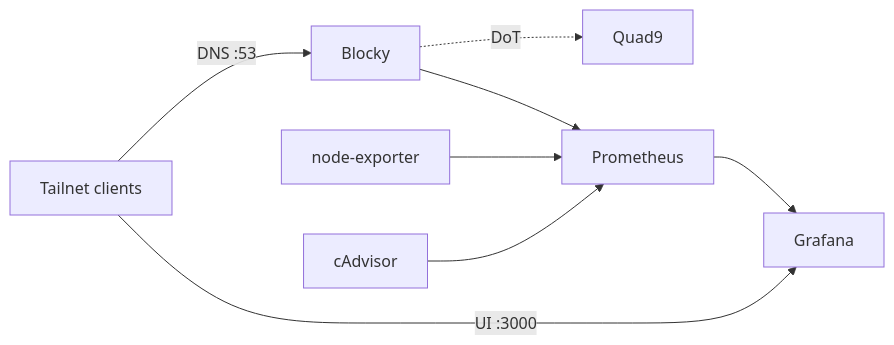
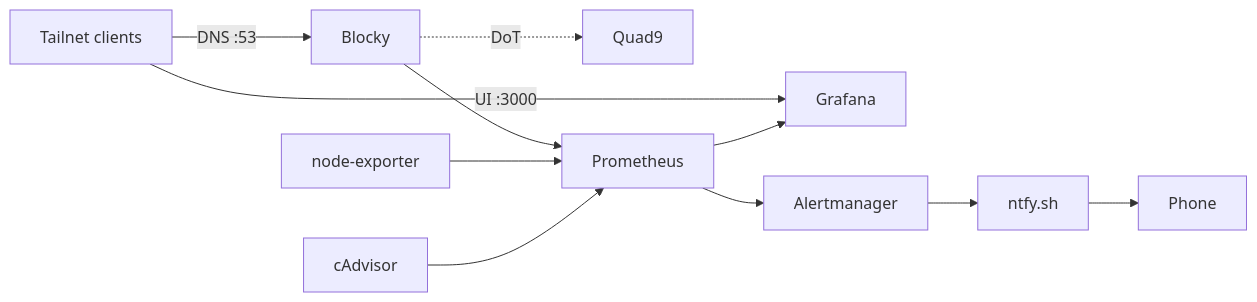
One commit to jglunn/homelab changed the diagram in README.md. Above: the diagram before and after it, drawn with Mermaid. The commit also changed other lines of this file and 8 other files, not shown here.

Commit message:
Add Alertmanager with ntfy.sh push alerts

````diff
--- a/README.md
+++ b/README.md
@@ -7,10 +7,11 @@
 ```mermaid
 flowchart LR
     T[Tailnet clients] -->|DNS :53| B[Blocky]
     T -->|UI :3000| G[Grafana]
     B -.->|DoT| Q[Quad9]
     B --> P[Prometheus]
     N[node-exporter] --> P
     C[cAdvisor] --> P
     P --> G
+    P --> AM[Alertmanager] --> NT[ntfy.sh] --> Phone
 ```
````
